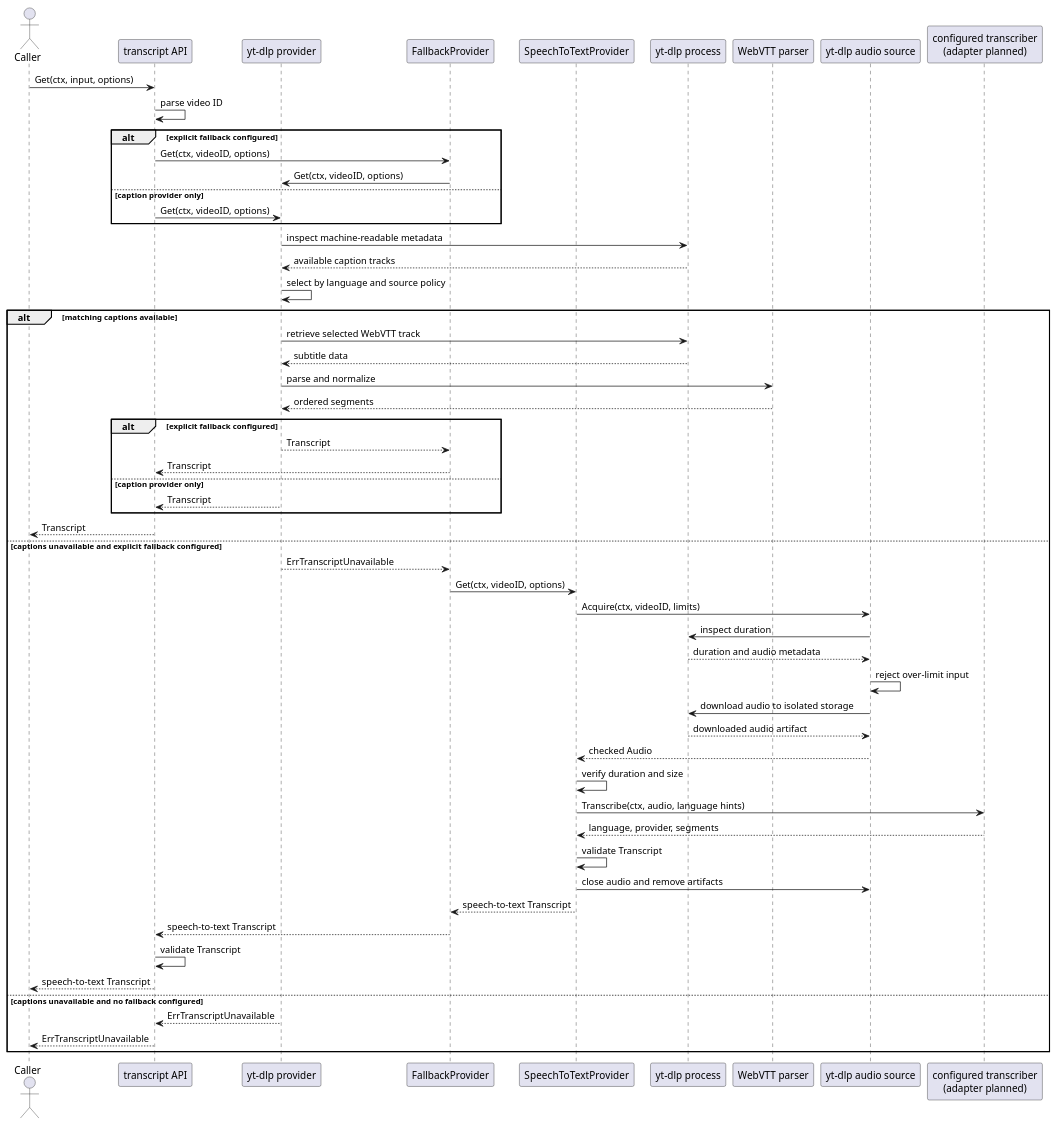
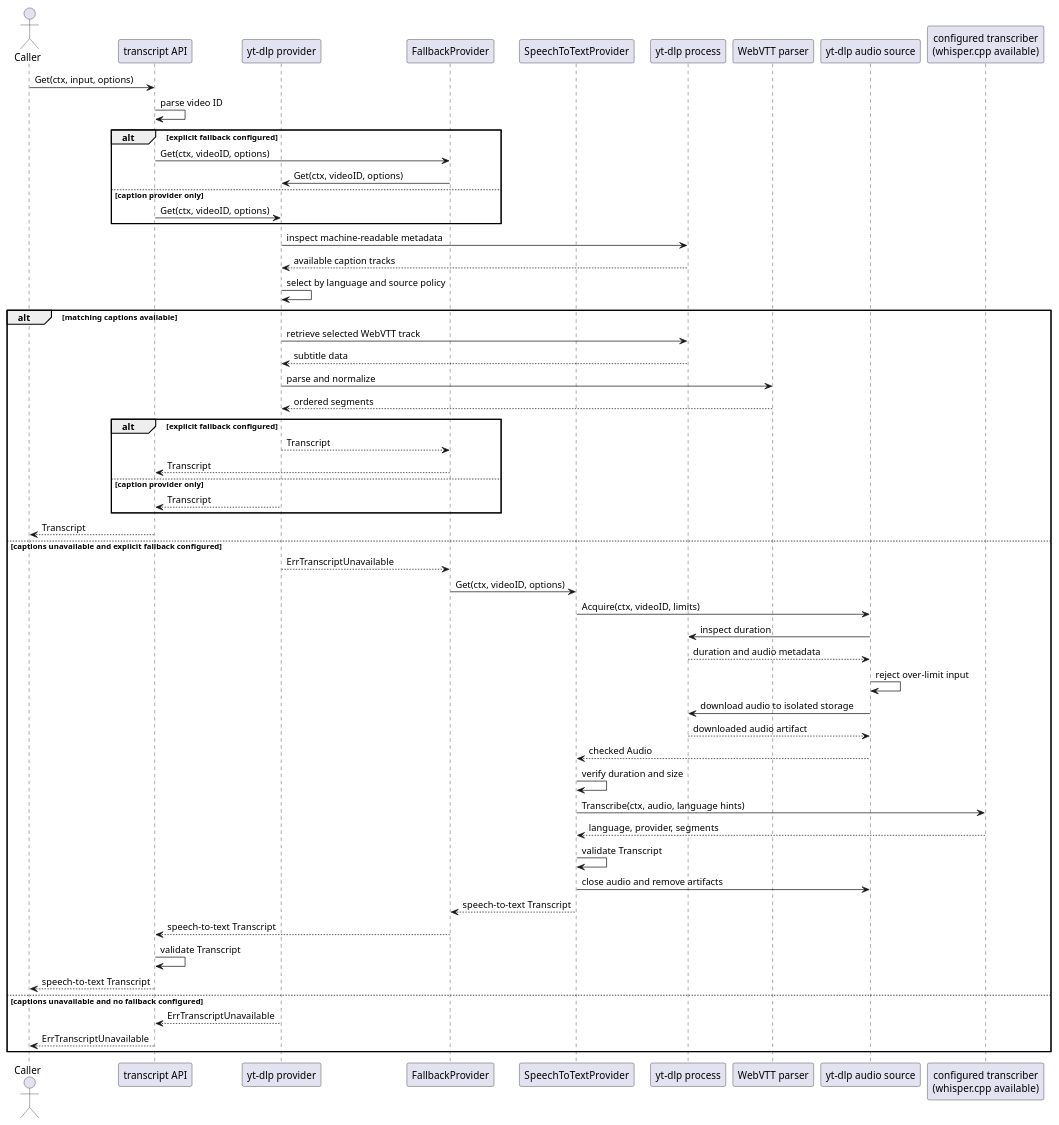
One commit to mpsanders/voxscripta changed the diagram in docs/uml/acquisition-sequence.puml. Above: the diagram before and after it, drawn with PlantUML. The commit also changed 12 other files, not shown here.

First line of the commit message:
feat: add local speech-to-text fallback with whisper.cpp integration

```diff
--- a/docs/uml/acquisition-sequence.puml
+++ b/docs/uml/acquisition-sequence.puml
@@ -1,58 +1,58 @@
 @startuml
 actor Caller
 participant "transcript API" as API
 participant "yt-dlp provider" as Provider
 participant "FallbackProvider" as Fallback
 participant "SpeechToTextProvider" as Speech
 participant "yt-dlp process" as YTDLP
 participant "WebVTT parser" as Parser
 participant "yt-dlp audio source" as AudioSource
-participant "configured transcriber\n(adapter planned)" as Transcriber
+participant "configured transcriber\n(whisper.cpp available)" as Transcriber
 
 Caller -> API: Get(ctx, input, options)
 API -> API: parse video ID
 alt explicit fallback configured
   API -> Fallback: Get(ctx, videoID, options)
   Fallback -> Provider: Get(ctx, videoID, options)
 else caption provider only
   API -> Provider: Get(ctx, videoID, options)
 end
 Provider -> YTDLP: inspect machine-readable metadata
 YTDLP --> Provider: available caption tracks
 Provider -> Provider: select by language and source policy
 alt matching captions available
   Provider -> YTDLP: retrieve selected WebVTT track
   YTDLP --> Provider: subtitle data
   Provider -> Parser: parse and normalize
   Parser --> Provider: ordered segments
   alt explicit fallback configured
     Provider --> Fallback: Transcript
     Fallback --> API: Transcript
   else caption provider only
     Provider --> API: Transcript
   end
   API --> Caller: Transcript
 else captions unavailable and explicit fallback configured
   Provider --> Fallback: ErrTranscriptUnavailable
   Fallback -> Speech: Get(ctx, videoID, options)
   Speech -> AudioSource: Acquire(ctx, videoID, limits)
   AudioSource -> YTDLP: inspect duration
   YTDLP --> AudioSource: duration and audio metadata
   AudioSource -> AudioSource: reject over-limit input
   AudioSource -> YTDLP: download audio to isolated storage
   YTDLP --> AudioSource: downloaded audio artifact
   AudioSource --> Speech: checked Audio
   Speech -> Speech: verify duration and size
   Speech -> Transcriber: Transcribe(ctx, audio, language hints)
   Transcriber --> Speech: language, provider, segments
   Speech -> Speech: validate Transcript
   Speech -> AudioSource: close audio and remove artifacts
   Speech --> Fallback: speech-to-text Transcript
   Fallback --> API: speech-to-text Transcript
   API -> API: validate Transcript
   API --> Caller: speech-to-text Transcript
 else captions unavailable and no fallback configured
   Provider --> API: ErrTranscriptUnavailable
   API --> Caller: ErrTranscriptUnavailable
 end
 @enduml
```
